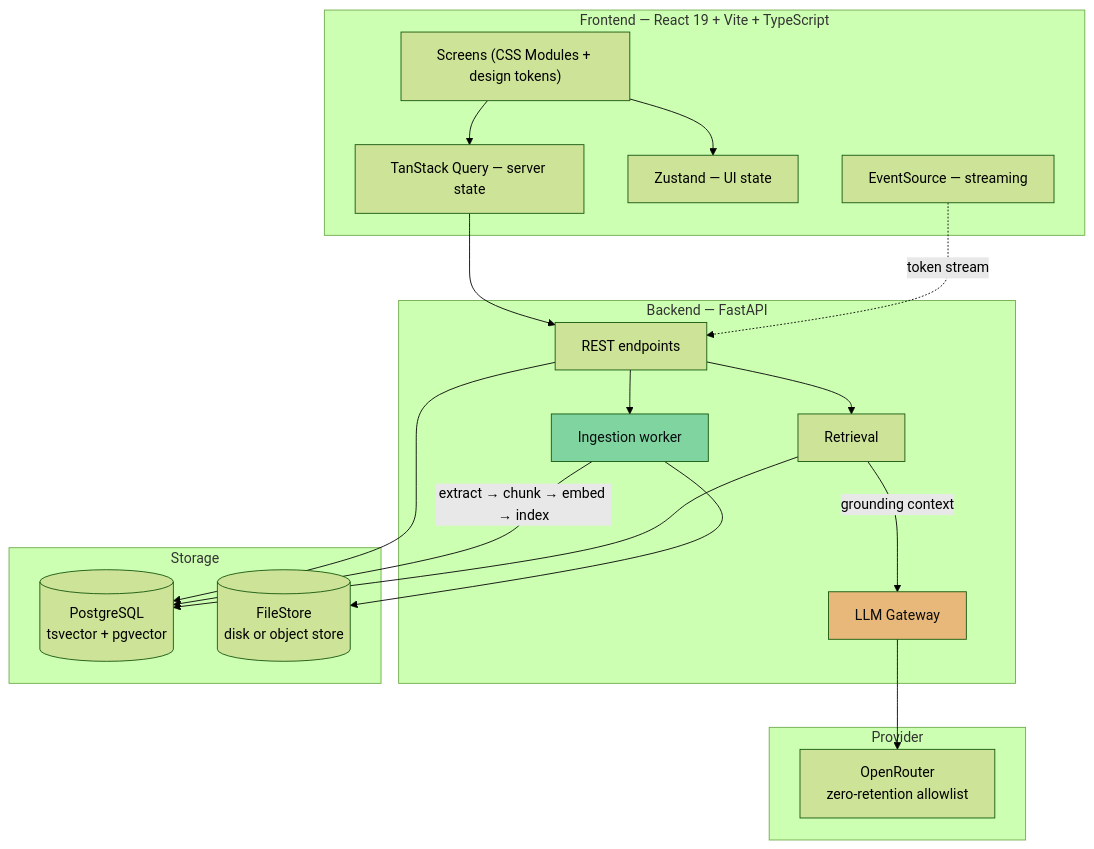
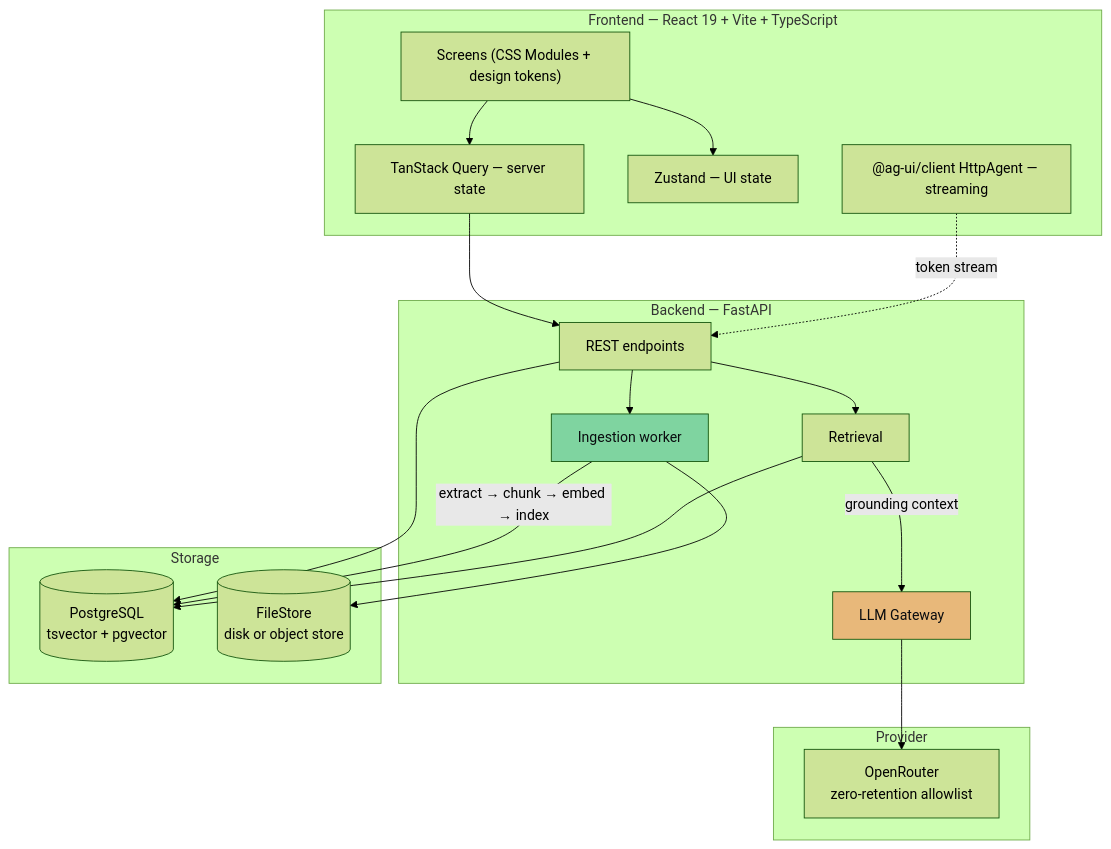
One commit to PiotrMieszczak/Quillbert changed the first of 4 diagrams in docs/architecture.md. Above: the diagram before and after it, drawn with Mermaid (forest theme). The commit also changed other lines of this file and 61 other files, not shown here.

````diff
--- a/docs/architecture.md
+++ b/docs/architecture.md
@@ -9,41 +9,41 @@
 ```mermaid
 flowchart TB
     subgraph FE["Frontend — React 19 + Vite + TypeScript"]
         UI["Screens (CSS Modules + design tokens)"]
         RQ["TanStack Query — server state"]
         ZS["Zustand — UI state"]
-        SSE["EventSource — streaming"]
+        SSE["@ag-ui/client HttpAgent — streaming"]
     end
 
     subgraph BE["Backend — FastAPI"]
         API["REST endpoints"]
         ING["Ingestion worker"]
         RET["Retrieval"]
         GW["LLM Gateway"]
     end
 
     subgraph EXT["Provider"]
         OR["OpenRouter<br/>zero-retention allowlist"]
     end
 
     subgraph DATA["Storage"]
         DB[("PostgreSQL<br/>tsvector + pgvector")]
         FS[("FileStore<br/>disk or object store")]
     end
 
     UI --> RQ --> API
     UI --> ZS
     SSE -.->|"token stream"| API
 
     API --> DB
     API --> ING
     ING -->|"extract → chunk → embed → index"| DB
     ING --> FS
 
     API --> RET --> DB
     RET -->|"grounding context"| GW
     GW --> OR
 
     style ING fill:#7FD4A0,color:#0A0C0F
     style GW fill:#E8B87A,color:#0A0C0F
 ```
````
